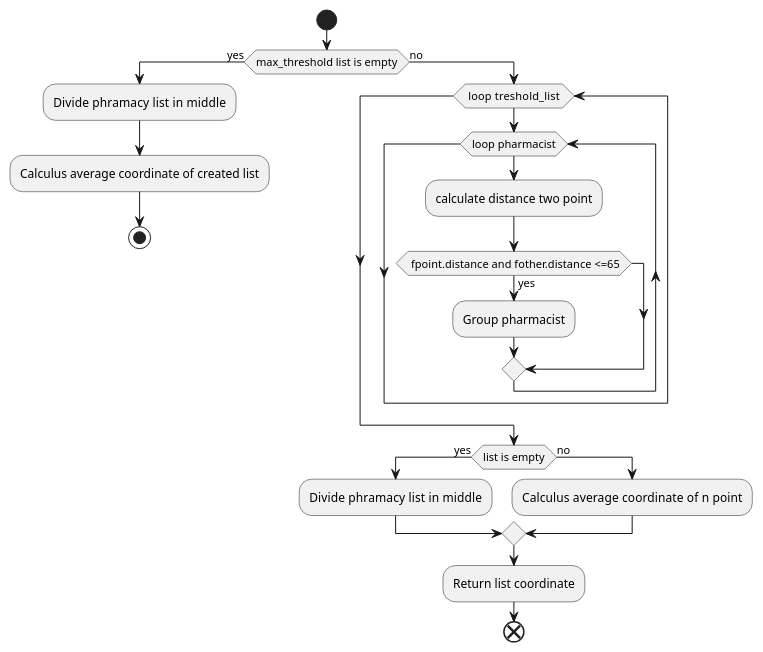
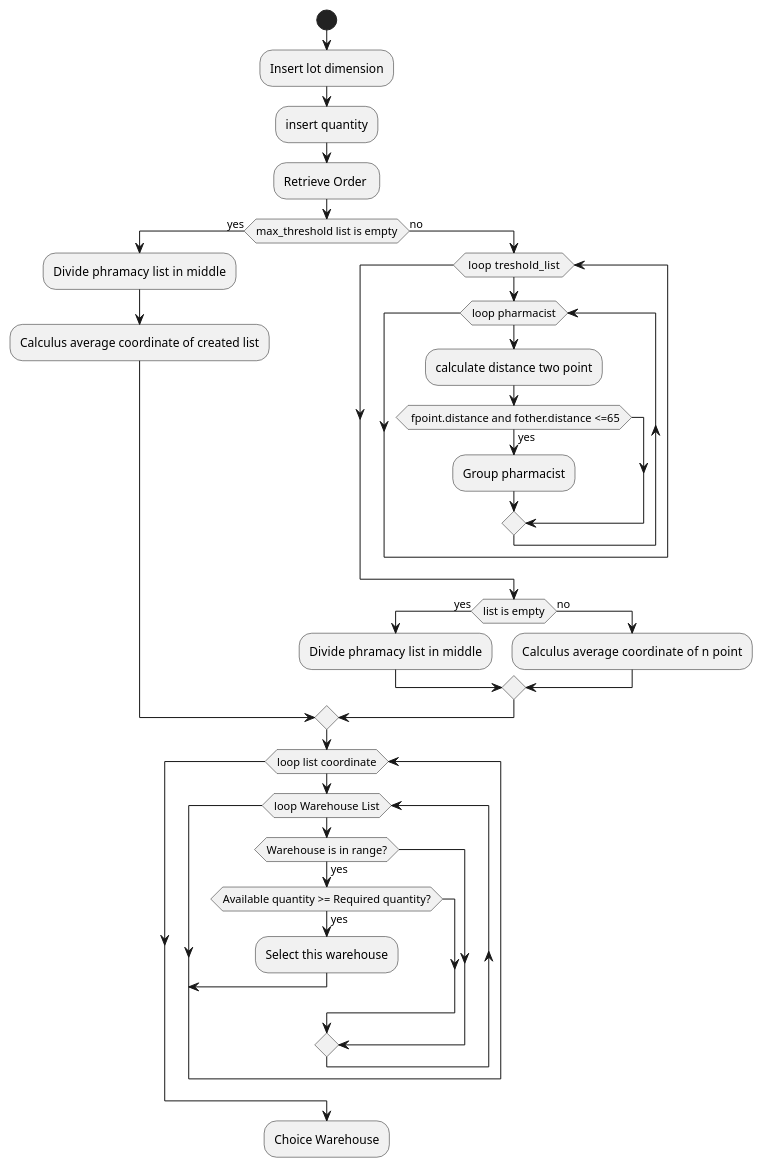
One commit to misunderstoodgenius95/pharmadistributor changed the diagram in src/main/java/Plantuml/ChoiceWarehouse.puml. Above: the diagram before and after it, drawn with PlantUML. The commit also changed 7 other files, not shown here.

```diff
--- a/src/main/java/Plantuml/ChoiceWarehouse.puml
+++ b/src/main/java/Plantuml/ChoiceWarehouse.puml
@@ -1,32 +1,42 @@
 @startuml
 'https://plantuml.com/activity-diagram-beta
 
 start
-
+:Insert lot dimension;
+:insert quantity;
+:Retrieve Order ;
 if(max_threshold list is empty) then(yes)
 :Divide  phramacy list in middle;
 :Calculus average coordinate of created list;
-stop
+
 else (no)
 
 while( loop  treshold_list )
 while(loop pharmacist)
 :calculate distance two point;
 if( fpoint.distance and fother.distance <=65) then (yes)
 :Group pharmacist;
 
 endif
 endwhile
 endwhile
 if(list is empty) then (yes)
 :Divide  phramacy list in middle;
 
 
 else(no)
 :Calculus average coordinate  of n point;
-
-
 endif
-:Return list coordinate;
-end
+endif
+while (loop list coordinate)
+while (loop Warehouse List)
+  if (Warehouse is in range?) then (yes)
+    if (Available quantity >= Required quantity?) then (yes)
+      :Select this warehouse;
+      break
+    endif
+  endif
+endwhile
+endwhile
+:Choice Warehouse;
 @enduml
```
